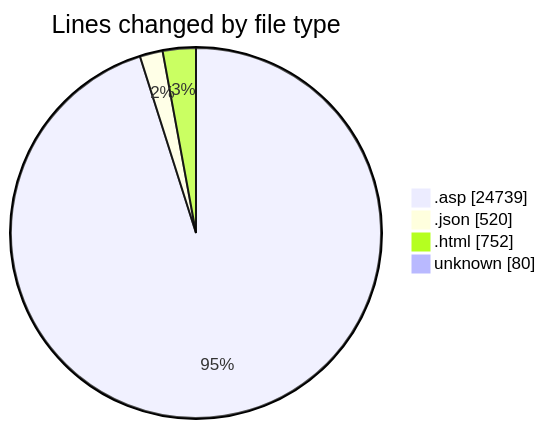
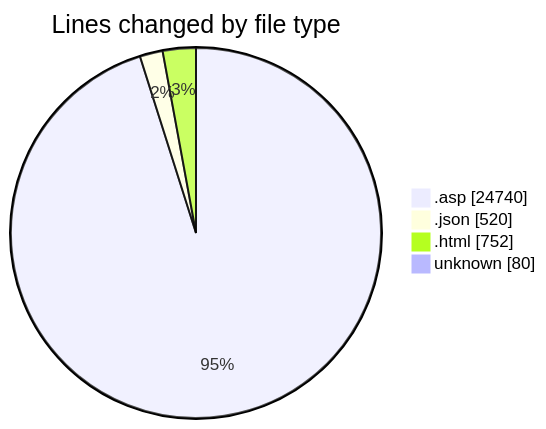
Before and after one commit to julien-gomy/code-tracking: the first of 2 diagrams in 2025-11-01/cdp_aleoudev_fr__workspace_/README.md, drawn with Mermaid. The commit also changed other lines of this file and 1 other file, not shown here.

````diff
--- a/2025-11-01/cdp_aleoudev_fr__workspace_/README.md
+++ b/2025-11-01/cdp_aleoudev_fr__workspace_/README.md
@@ -34,8 +34,8 @@
 ```mermaid
 pie showData
 title Lines changed by file type
-".asp" : 24739
+".asp" : 24740
 ".json" : 520
 ".html" : 752
 "unknown" : 80
 ```
````
